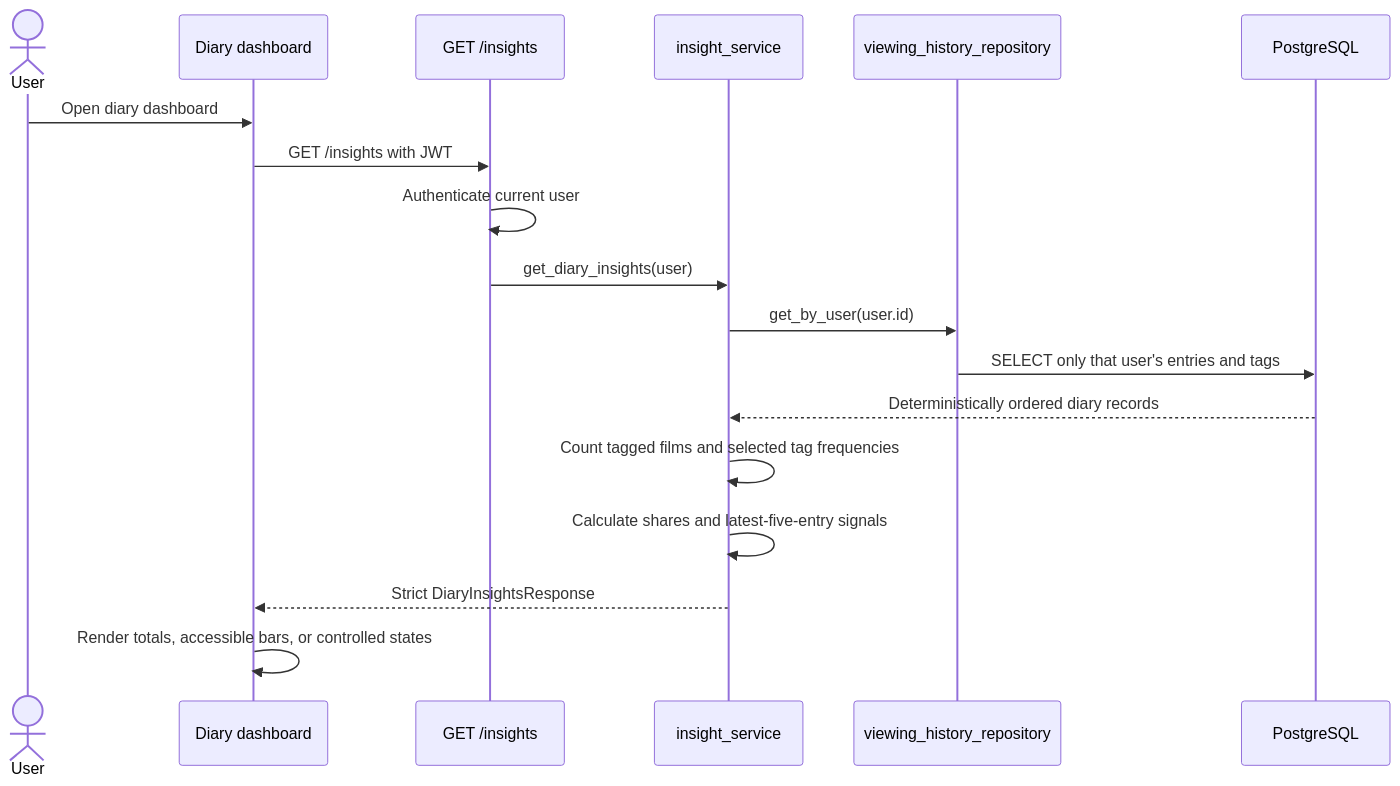
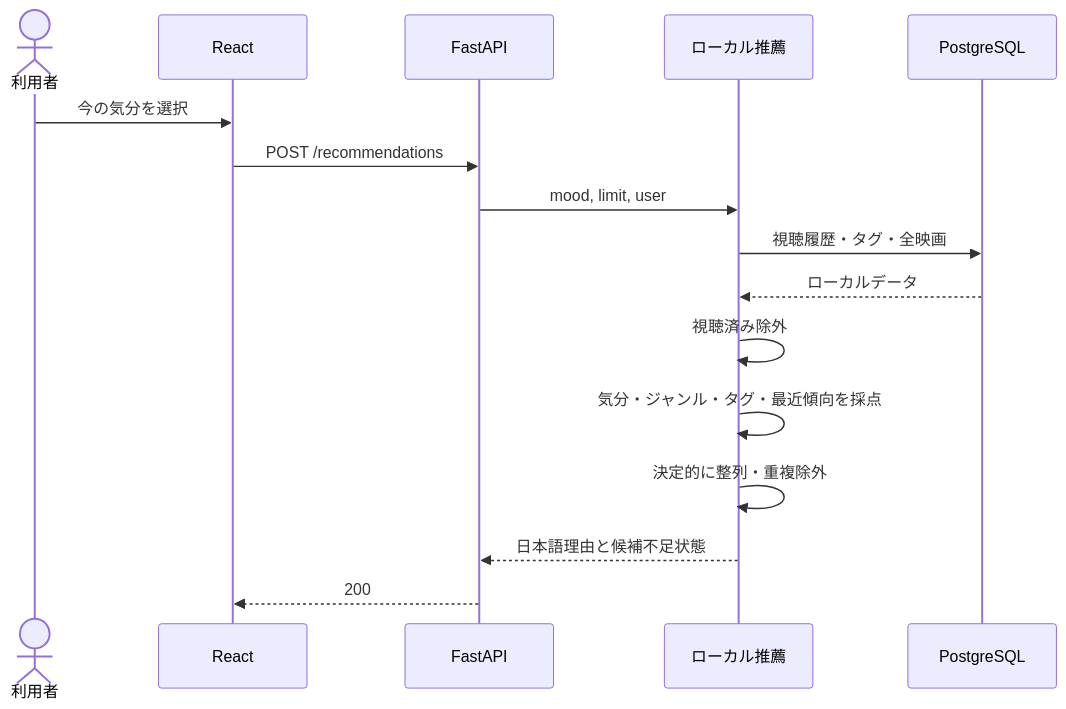
Before and after one commit to zahin-dev/Film-like: the third of 4 diagrams in docs/diagrams/SequenceDiagrams.md, drawn with Mermaid. The commit also changed other lines of this file and 89 other files, not shown here.

````diff
--- a/docs/diagrams/SequenceDiagrams.md
+++ b/docs/diagrams/SequenceDiagrams.md
@@ -123,21 +54,19 @@
 ```mermaid
 sequenceDiagram
-    actor User
-    participant UI as Diary dashboard
-    participant Route as GET /insights
-    participant Service as insight_service
-    participant Repo as viewing_history_repository
+    actor User as 利用者
+    participant UI as React
+    participant API as FastAPI
+    participant Engine as ローカル推薦
     participant DB as PostgreSQL
 
-    User->>UI: Open diary dashboard
-    UI->>Route: GET /insights with JWT
-    Route->>Route: Authenticate current user
-    Route->>Service: get_diary_insights(user)
-    Service->>Repo: get_by_user(user.id)
-    Repo->>DB: SELECT only that user's entries and tags
-    DB-->>Service: Deterministically ordered diary records
-    Service->>Service: Count tagged films and selected tag frequencies
-    Service->>Service: Calculate shares and latest-five-entry signals
-    Service-->>UI: Strict DiaryInsightsResponse
-    UI->>UI: Render totals, accessible bars, or controlled states
+    User->>UI: 今の気分を選択
+    UI->>API: POST /recommendations
+    API->>Engine: mood, limit, user
+    Engine->>DB: 視聴履歴・タグ・全映画
+    DB-->>Engine: ローカルデータ
+    Engine->>Engine: 視聴済み除外
+    Engine->>Engine: 気分・ジャンル・タグ・最近傾向を採点
+    Engine->>Engine: 決定的に整列・重複除外
+    Engine-->>API: 日本語理由と候補不足状態
+    API-->>UI: 200
 ```
````
